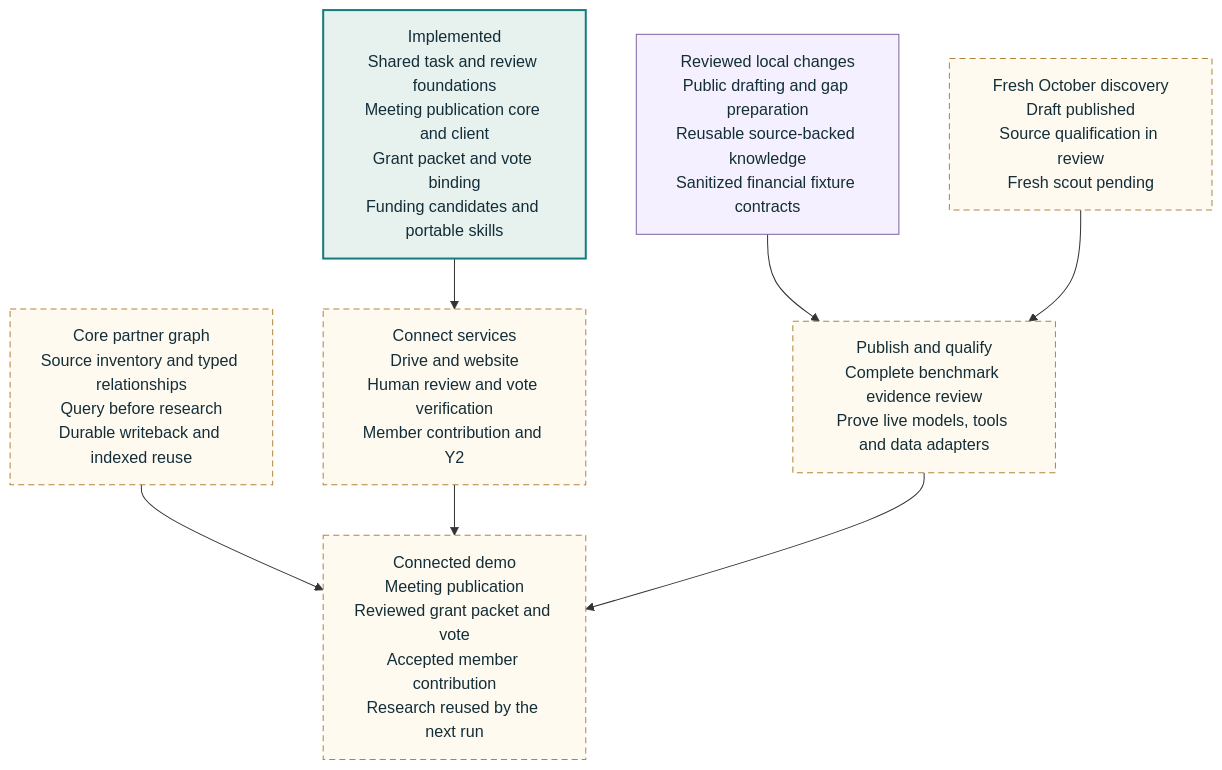
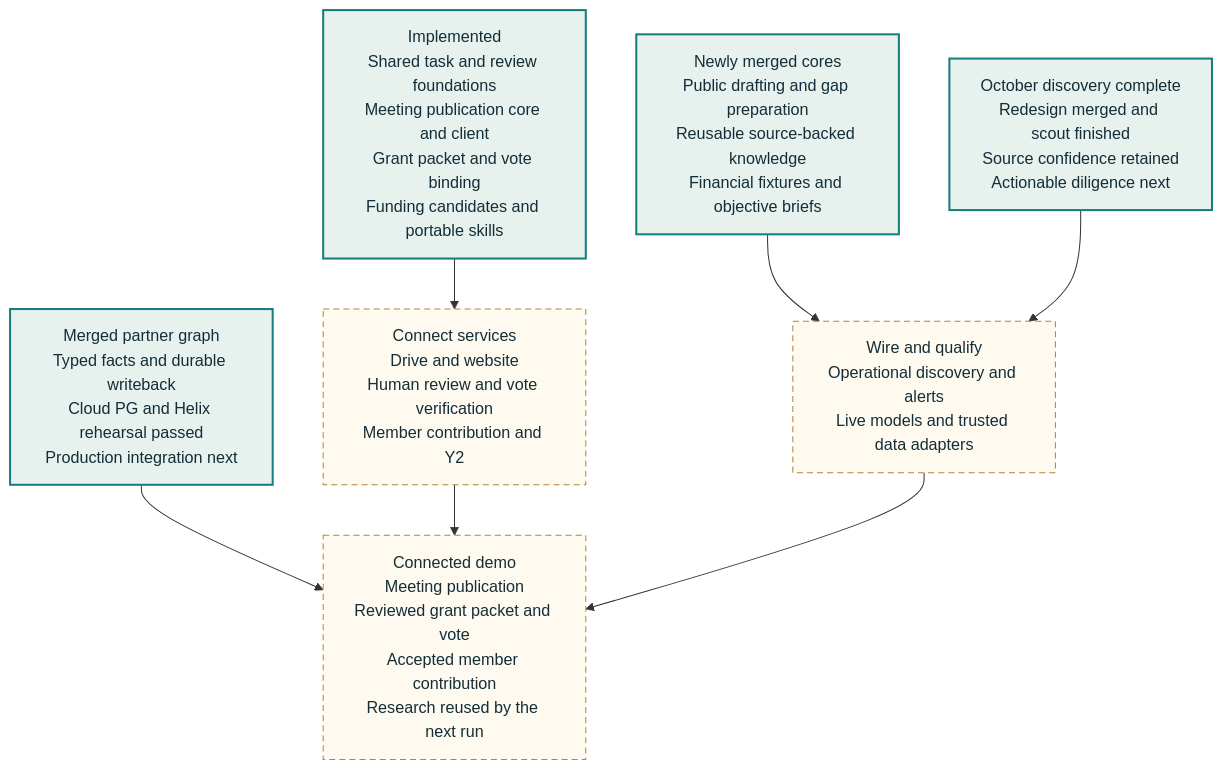
The diagram in docs/architecture/diagrams/funding-roadmap.mmd (NetRxn/Inertia), drawn with Mermaid before and after one commit. The commit also changed 27 other files, not shown here.

Commit message:
docs: synchronize architecture and funding delivery status

```diff
--- a/docs/architecture/diagrams/funding-roadmap.mmd
+++ b/docs/architecture/diagrams/funding-roadmap.mmd
@@ -1,17 +1,16 @@
 flowchart TB
  I["Implemented<br/>Shared task and review foundations<br/>Meeting publication core and client<br/>Grant packet and vote binding<br/>Funding candidates and portable skills"]
- P["Reviewed local changes<br/>Public drafting and gap preparation<br/>Reusable source-backed knowledge<br/>Sanitized financial fixture contracts"]
- P --> Q["Publish and qualify<br/>Complete benchmark evidence review<br/>Prove live models, tools and data adapters"]
- D["Fresh October discovery<br/>Draft published<br/>Source qualification in review<br/>Fresh scout pending"] --> Q
+ P["Newly merged cores<br/>Public drafting and gap preparation<br/>Reusable source-backed knowledge<br/>Financial fixtures and objective briefs"]
+ P --> Q["Wire and qualify<br/>Operational discovery and alerts<br/>Live models and trusted data adapters"]
+ D["October discovery complete<br/>Redesign merged and scout finished<br/>Source confidence retained<br/>Actionable diligence next"] --> Q
  I --> X["Connect services<br/>Drive and website<br/>Human review and vote verification<br/>Member contribution and Y2"]
- K["Core partner graph<br/>Source inventory and typed relationships<br/>Query before research<br/>Durable writeback and indexed reuse"] --> DEMO["Connected demo<br/>Meeting publication<br/>Reviewed grant packet and vote<br/>Accepted member contribution<br/>Research reused by the next run"]
+ K["Merged partner graph<br/>Typed facts and durable writeback<br/>Cloud PG and Helix rehearsal passed<br/>Production integration next"] --> DEMO["Connected demo<br/>Meeting publication<br/>Reviewed grant packet and vote<br/>Accepted member contribution<br/>Research reused by the next run"]
  X --> DEMO
  Q --> DEMO
- class I core
- class P reviewed
- class D,Q,X,K,DEMO planned
+ class I,D,P,K core
+ class Q,X,DEMO planned
 
  classDef core fill:#e7f1ee,stroke:#157d80,color:#132e38,stroke-width:2px
  classDef planned fill:#fffaf0,stroke:#b1853e,color:#132e38,stroke-dasharray:6 4
  classDef reviewed fill:#f5f0ff,stroke:#8064a2,color:#132e38
  classDef store fill:#edf2f7,stroke:#61788b,color:#132e38
```
